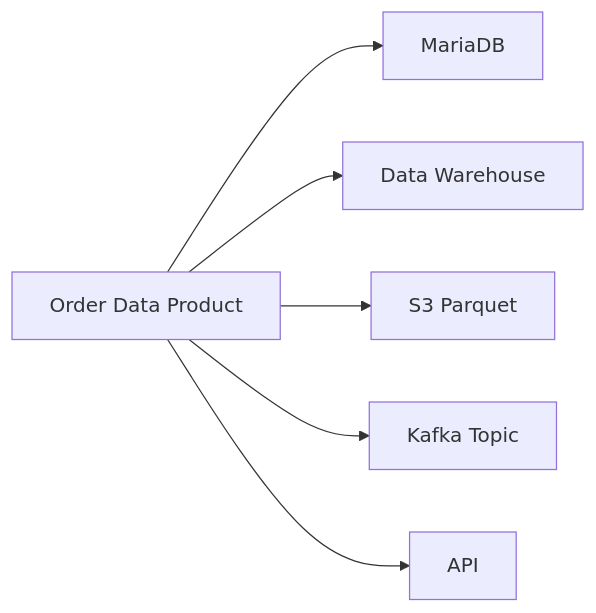
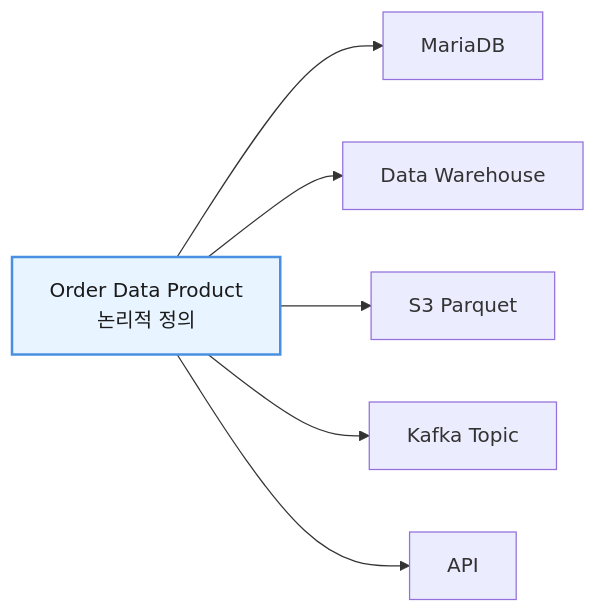
One commit to i31pc17/bitbook changed the fourth of 11 diagrams in 모던 데이터 아키텍처/13장. 데이터 프로덕트.md. Above: the diagram before and after it, drawn with Mermaid. The commit also changed other lines of this file and 8 other files, not shown here.

````diff
--- a/모던 데이터 아키텍처/13장. 데이터 프로덕트.md
+++ b/모던 데이터 아키텍처/13장. 데이터 프로덕트.md
@@ -367,14 +360,12 @@
 ```mermaid
 flowchart LR
-    n0["Order Data Product"]
-    n1["MariaDB"]
-    n2["Data Warehouse"]
-    n3["S3 Parquet"]
-    n4["Kafka Topic"]
-    n5["API"]
-    n0 --> n1
-    n0 --> n2
-    n0 --> n3
-    n0 --> n4
-    n0 --> n5
+    DP["Order Data Product<br/>논리적 정의"]
+
+    DP --> n1["MariaDB"]
+    DP --> n2["Data Warehouse"]
+    DP --> n3["S3 Parquet"]
+    DP --> n4["Kafka Topic"]
+    DP --> n5["API"]
+
+    style DP fill:#e8f4ff,stroke:#4a90e2,stroke-width:2px,color:#1a1a1a
 ```
````
